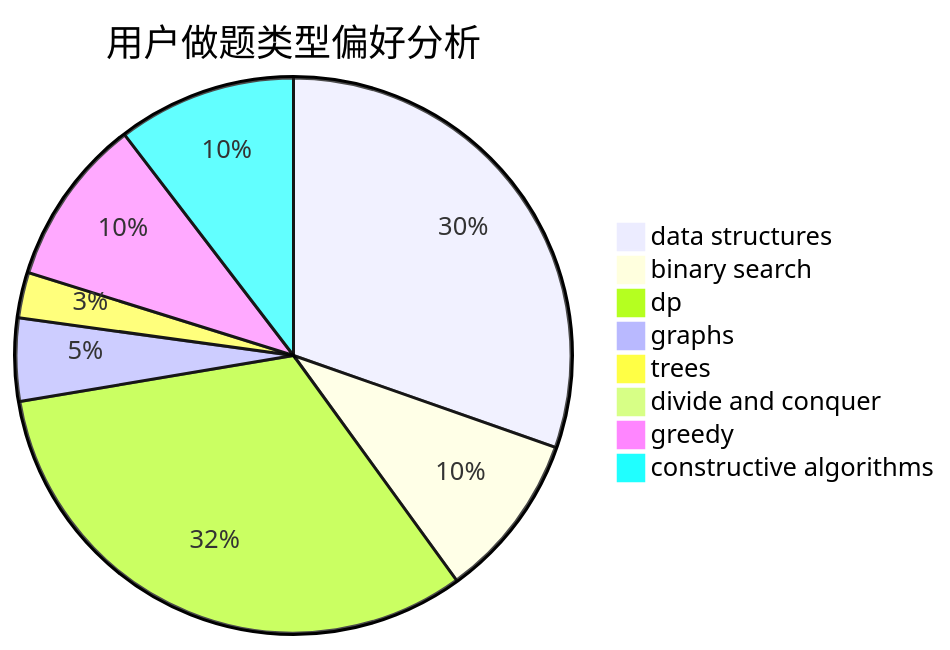
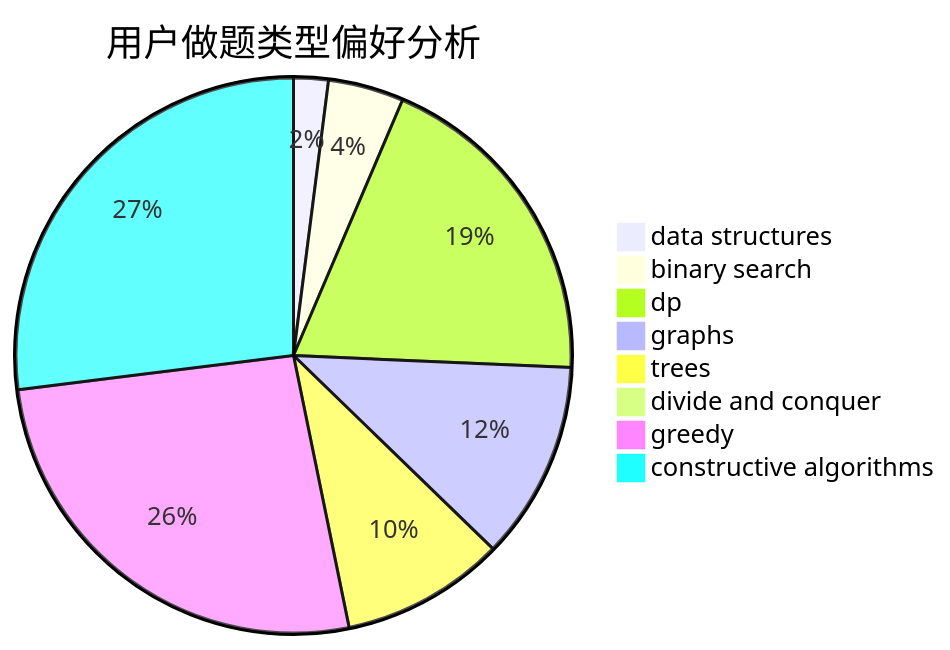
One commit to sherpahu/cfrs.github.io changed the second of 3 diagrams in docs/user/u998.md. Above: the diagram before and after it, drawn with Mermaid. The commit also changed other lines of this file and 2770 other files, not shown here.

````diff
--- a/docs/user/u998.md
+++ b/docs/user/u998.md
@@ -23,11 +23,11 @@
 ```mermaid
 pie title 用户做题类型偏好分析
-    "data structures" :  447
-    "binary search" :  142
-    "dp" :  476
-    "graphs" :  71
-    "trees" :  39
-    "divide and conquer" :  8
-    "greedy" :  144
-    "constructive algorithms" :  153
+    "data structures" :  11
+    "binary search" :  24
+    "dp" :  105
+    "graphs" :  63
+    "trees" :  52
+    "divide and conquer" :  0
+    "greedy" :  143
+    "constructive algorithms" :  147
 ```
````
